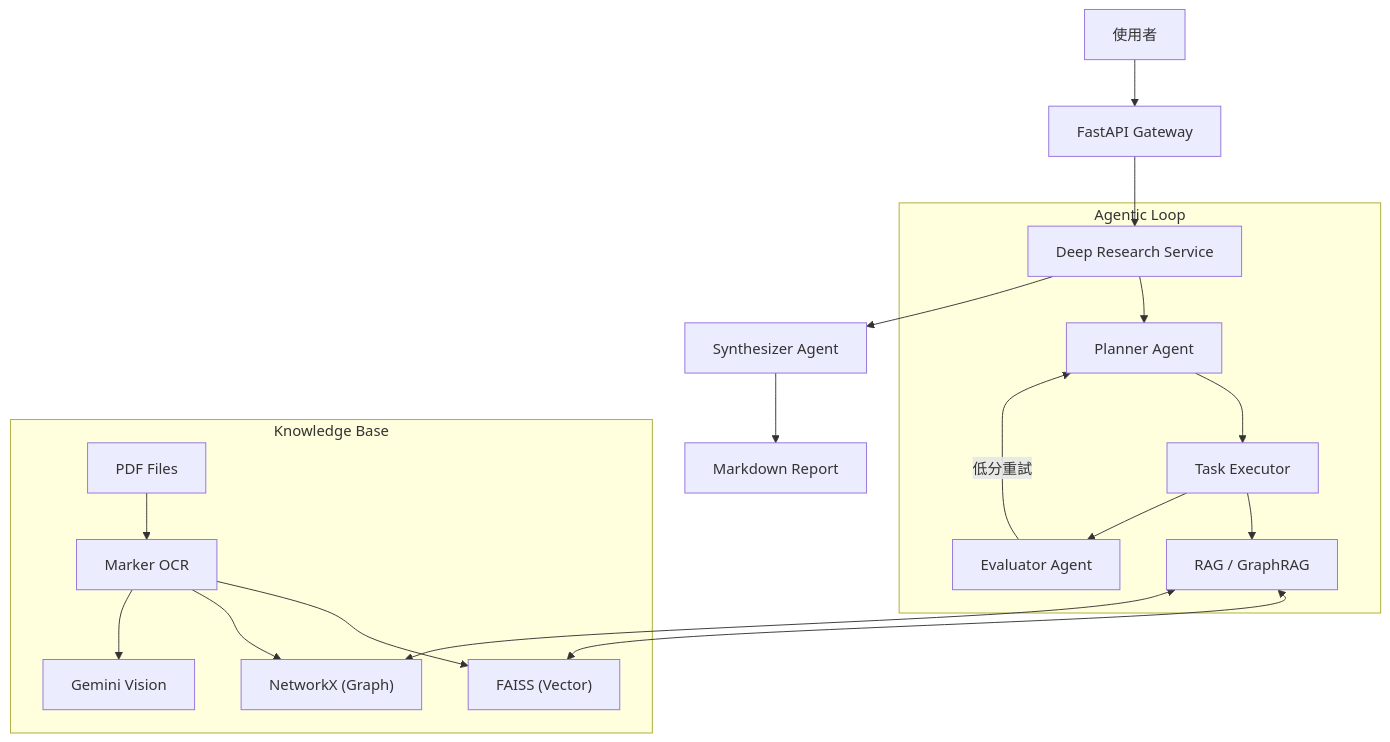
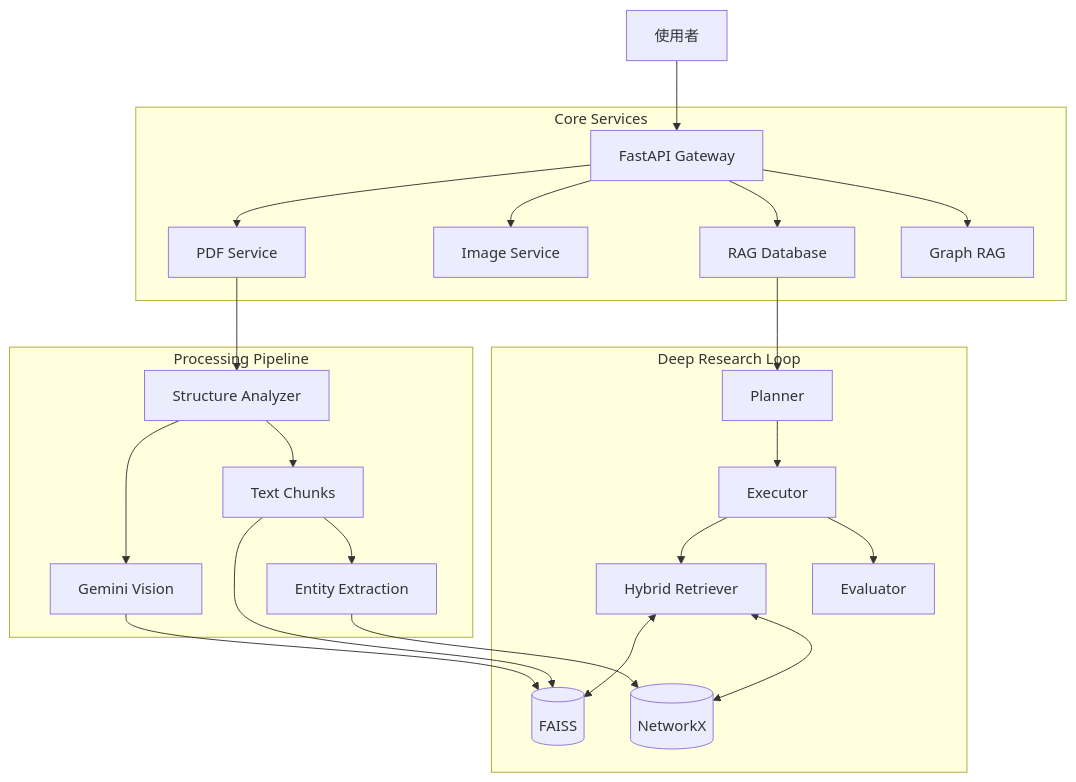
The diagram in README.md (DeadMark70/multimodal-rag-translate), drawn with Mermaid before and after one commit. The commit also changed other lines of this file, not shown here.

````diff
--- a/README.md
+++ b/README.md
@@ -59,26 +109,30 @@
 ```mermaid
 graph TD
     User[使用者] --> API[FastAPI Gateway]
-    API --> Service[Deep Research Service]
-
-    subgraph "Agentic Loop"
-        Service --> Planner[Planner Agent]
-        Planner --> Executor[Task Executor]
-        Executor --> RAG["RAG / GraphRAG"]
-        Executor --> Evaluator[Evaluator Agent]
-        Evaluator --"低分重試"--> Planner
+    
+    subgraph "Core Services"
+        API --> PDF[PDF Service]
+        API --> Img[Image Service]
+        API --> RAG[RAG Database]
+        API --> Graph[Graph RAG]
     end
 
-    subgraph "Knowledge Base"
-        PDF[PDF Files] --> OCR[Marker OCR]
-        OCR --> VectorDB["FAISS (Vector)"]
-        OCR --> GraphDB["NetworkX (Graph)"]
-        OCR --> Vision[Gemini Vision]
+    subgraph "Deep Research Loop"
+        RAG --> Planner[Planner]
+        Planner --> Executor[Executor]
+        Executor --> Retriever[Hybrid Retriever]
+        Retriever <--> VectorDB[(FAISS)]
+        Retriever <--> GraphDB[(NetworkX)]
+        Executor --> Evaluator[Evaluator]
     end
 
-    RAG <--> VectorDB
-    RAG <--> GraphDB
-
-    Service --> Synthesizer[Synthesizer Agent]
-    Synthesizer --> Report[Markdown Report]
+    subgraph "Processing Pipeline"
+        PDF --> Extractor[Structure Analyzer]
+        Extractor --> Vision[Gemini Vision]
+        Vision --> VectorDB
+        Extractor --> Text[Text Chunks]
+        Text --> VectorDB
+        Text --> GraphExtractor[Entity Extraction]
+        GraphExtractor --> GraphDB
+    end
 ```
````
